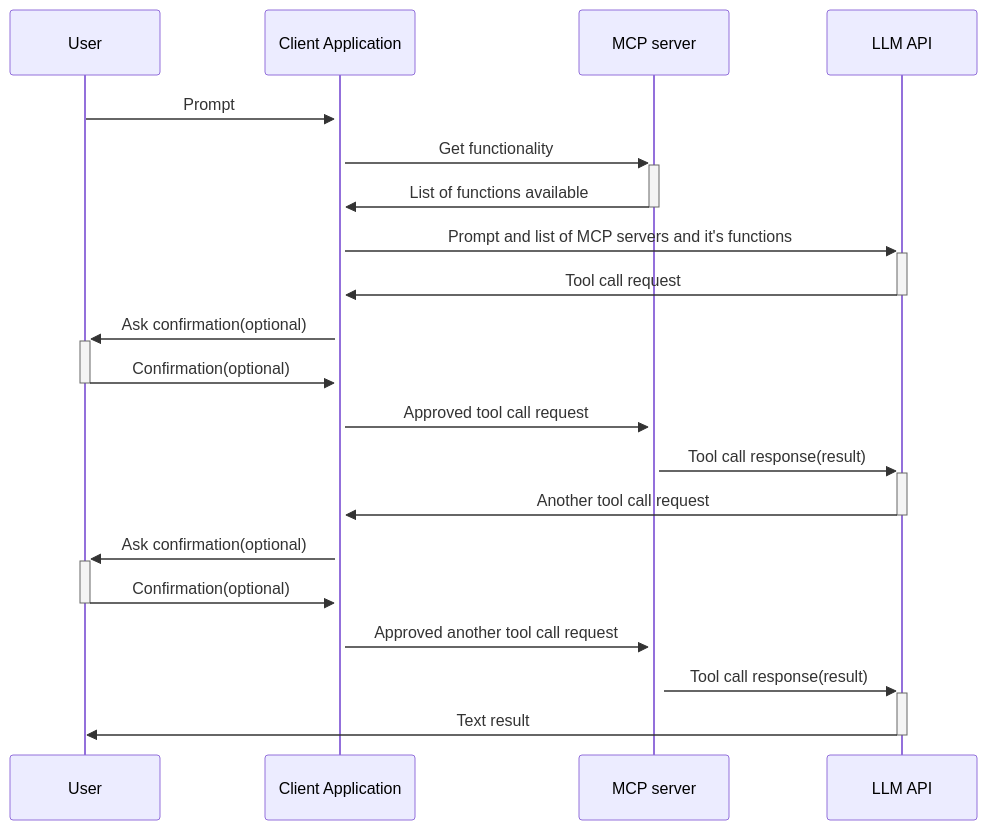
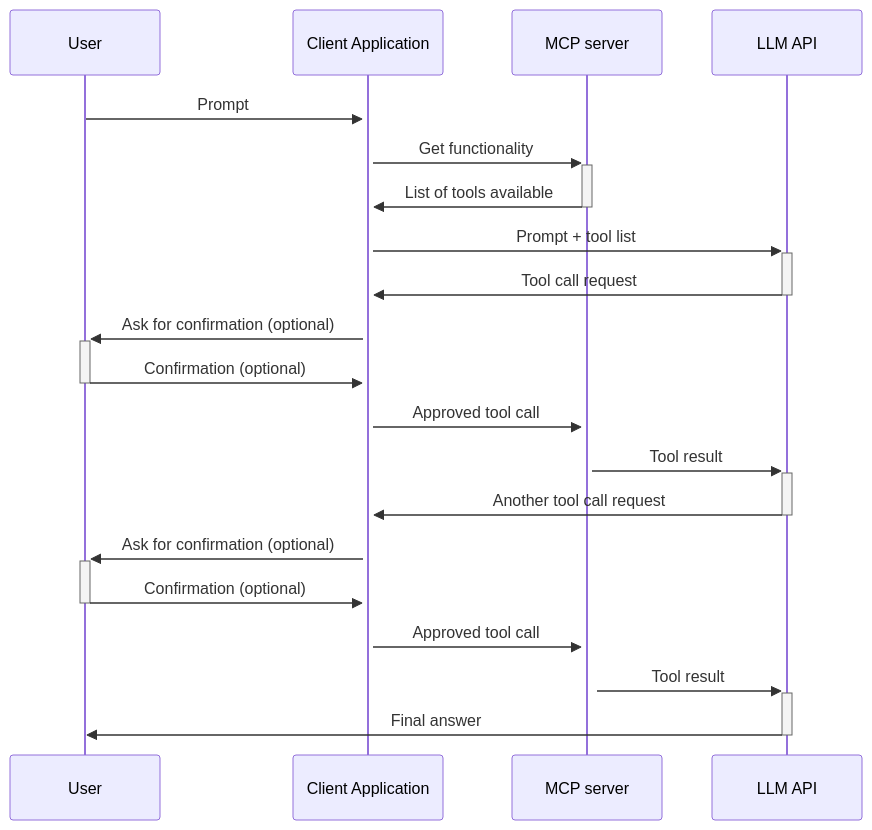
Before and after one commit to I-love-linux-12-31/Linux-MCP: the diagram in docs/HowItWorks.md, drawn with Mermaid. The commit also changed other lines of this file and 1 other file, not shown here.

````diff
--- a/docs/HowItWorks.md
+++ b/docs/HowItWorks.md
@@ -2,21 +9,21 @@
 ```mermaid
 sequenceDiagram
     User ->>+ Client Application: Prompt
     Client Application ->>+ MCP server: Get functionality
-    MCP server ->>- Client Application: List of functions available
-    Client Application ->>+ LLM API: Prompt and list of MCP servers and it's functions
-    
+    MCP server ->>- Client Application: List of tools available
+    Client Application ->>+ LLM API: Prompt + tool list
+
     LLM API ->>- Client Application: Tool call request
-    Client Application ->>+ User: Ask confirmation(optional)
-    User ->>- Client Application: Confirmation(optional)
-    Client Application ->>+ MCP server: Approved tool call request
-    MCP server ->>+ LLM API: Tool call response(result) 
-    
+    Client Application ->>+ User: Ask for confirmation (optional)
+    User ->>- Client Application: Confirmation (optional)
+    Client Application ->>+ MCP server: Approved tool call
+    MCP server ->>+ LLM API: Tool result
+
     LLM API ->>- Client Application: Another tool call request
-    Client Application ->>+ User: Ask confirmation(optional)
-    User ->>- Client Application: Confirmation(optional)
-    Client Application ->>+ MCP server: Approved another tool call request
-    MCP server ->>+ LLM API: Tool call response(result)
-    
-    LLM API ->>- User: Text result
+    Client Application ->>+ User: Ask for confirmation (optional)
+    User ->>- Client Application: Confirmation (optional)
+    Client Application ->>+ MCP server: Approved tool call
+    MCP server ->>+ LLM API: Tool result
+
+    LLM API ->>- User: Final answer
 ```
````
